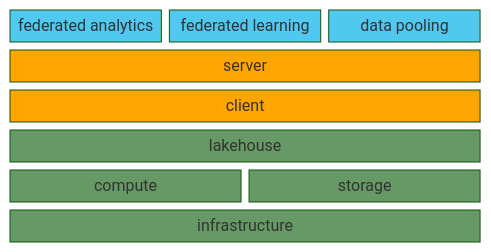
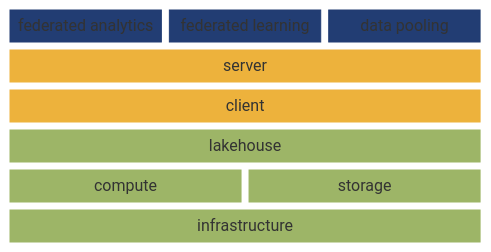
Before and after one commit to Health-RI/data-station-specification: the diagram in docs/architectuur/index.md, drawn with Mermaid (forest theme). The commit also changed other lines of this file and 4 other files, not shown here.

````diff
--- a/docs/architectuur/index.md
+++ b/docs/architectuur/index.md
@@ -5,19 +5,19 @@
 ```mermaid
 block-beta
   columns 6
   fa["federated analytics"]:2
   fl["federated learning"]:2
   dp["data pooling"]:2
   server:6
   client:6
   lake["lakehouse"]:6
   compute:3 storage:3
   infra["infrastructure"]:6
 
-  classDef green fill:#696
-  classDef orange fill:#FFA500
-  classDef blue fill:#50c8f0
+  classDef green fill:#9DB567,stroke:#9DB567
+  classDef orange fill:#EDB23C,stroke:#EDB23C
+  classDef blue fill:#223D73,stroke:#223D73,color:#ffffff
   class lake,compute,storage,infra green
   class server,client orange
   class fa,fl,dp blue
 ```
````
